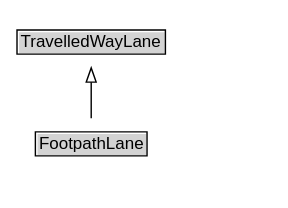
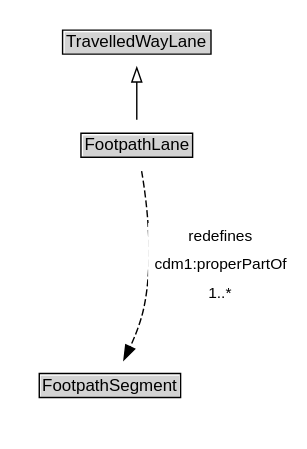
Before and after one commit to ISO-TC204/ontology-cdm-p3-v1: the diagram in docs/diagrams/FootpathLane.dot, drawn with Graphviz. The commit also changed 348 other files, not shown here.

```diff
--- a/docs/diagrams/FootpathLane.dot
+++ b/docs/diagrams/FootpathLane.dot
@@ -1,16 +1,24 @@
 // Diagram for FootpathLane
 digraph {
 	graph [overlap=false rankdir=TB splines=true]
 	node [fontname=Arial fontsize=12 margin=0 shape=none]
 	edge [fontname=Arial fontsize=11]
 	{
+		rank=source
+		TravelledWayLane [label=<<TABLE BORDER="1" CELLBORDER="0" CELLSPACING="0" CELLPADDING="1"><TR><TD BGCOLOR="lightgray" ALIGN="CENTER">TravelledWayLane</TD></TR></TABLE>> URL="../TravelledWayLane" margin=0]
+	}
+	FootpathLane [label=<<TABLE BORDER="1" CELLBORDER="0" CELLSPACING="0" CELLPADDING="1"><TR><TD BGCOLOR="lightgray" ALIGN="CENTER">FootpathLane</TD></TR></TABLE>> URL="../FootpathLane" margin=0]
+	{
 		rank=max
-		FootpathLane [label=<<TABLE BORDER="1" CELLBORDER="0" CELLSPACING="0" CELLPADDING="1"><TR><TD BGCOLOR="lightgray" ALIGN="CENTER" PORT="e">FootpathLane</TD></TR></TABLE>> URL="../FootpathLane.md" margin=0]
 	}
 	subgraph cluster_associated {
 		label="" style=invis
 		Invis [label=<<TABLE BORDER="0" CELLBORDER="0" CELLSPACING="0" CELLPADDING="1"><TR><TD></TD></TR></TABLE>> margin=0 style=invis]
+		FootpathSegment [label=<<TABLE BORDER="1" CELLBORDER="0" CELLSPACING="0" CELLPADDING="1"><TR><TD BGCOLOR="lightgray" ALIGN="CENTER">FootpathSegment</TD></TR></TABLE>> URL="../FootpathSegment" margin=0]
 	}
-	TravelledWayLane [label=<<TABLE BORDER="1" CELLBORDER="0" CELLSPACING="0" CELLPADDING="1"><TR><TD BGCOLOR="lightgray" ALIGN="CENTER">TravelledWayLane</TD></TR></TABLE>> URL="../TravelledWayLane.md" margin=0]
 	FootpathLane -> TravelledWayLane [arrowhead=onormal style=solid]
+	FootpathLane -> Invis [style=invis]
+	Invis -> FootpathSegment [style=invis]
+	FootpathSegment [label=<<TABLE BORDER="1" CELLBORDER="0" CELLSPACING="0" CELLPADDING="1"><TR><TD BGCOLOR="lightgray" ALIGN="CENTER">FootpathSegment</TD></TR></TABLE>> URL="../FootpathSegment" margin=0]
+	FootpathLane -> FootpathSegment [label=<<TABLE BORDER="0" CELLBORDER="0" CELLSPACING="0" CELLPADDING="4" BGCOLOR="white"><TR><TD ALIGN="CENTER">redefines</TD></TR><TR><TD ALIGN="CENTER">cdm1:properPartOf</TD></TR><TR><TD ALIGN="CENTER">1..*</TD></TR></TABLE>> arrowhead=normal style=dashed]
 }
```
